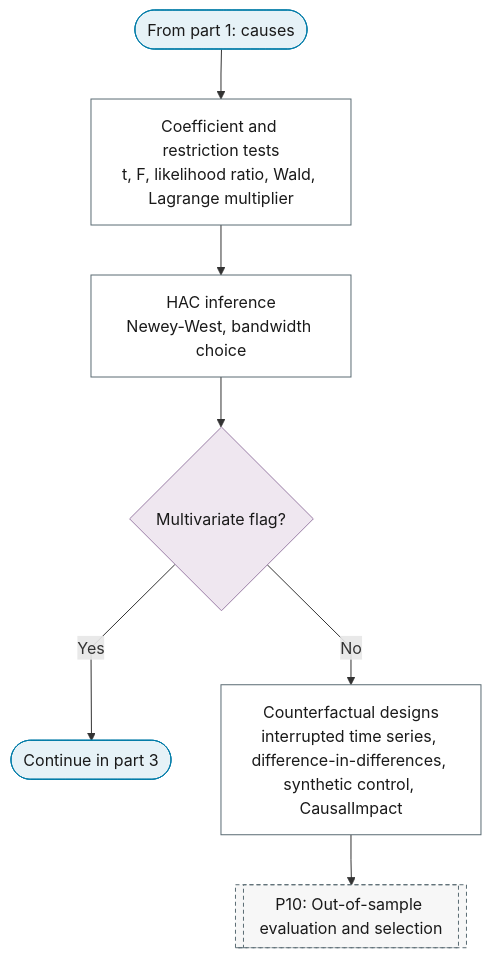
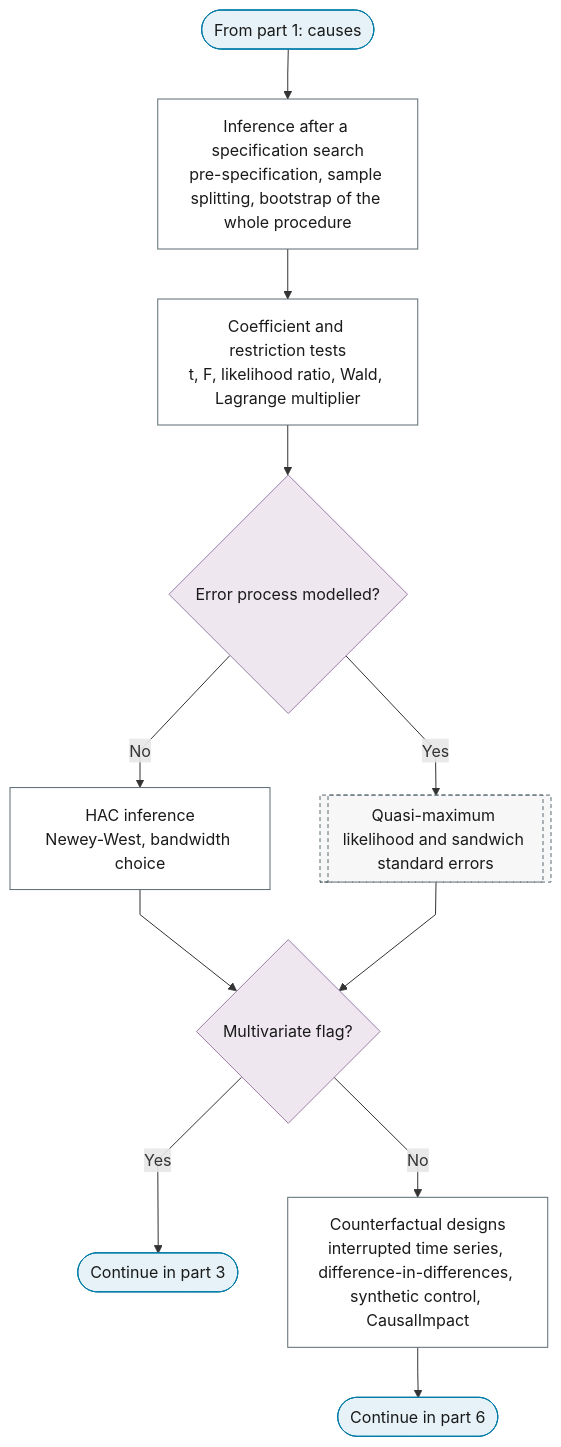
The second of 6 diagrams in docs/01-workflow/p11-inference.md (Shuxin-Y/time-series-analysis-manual), drawn with Mermaid before and after one commit. The commit also changed other lines of this file and 8 other files, not shown here.

First line of the commit message:
feat(p11,p12): issue the scored product, post-selection inference, drift by type

````diff
--- a/docs/01-workflow/p11-inference.md
+++ b/docs/01-workflow/p11-inference.md
@@ -55,22 +46,25 @@
 ```mermaid
 %%{init: {"flowchart": {"curve": "linear"}}}%%
 graph TD
-    P11_PART_2_IN(["From part 1: causes"]) --> P11_COEFFICIENT_TESTS["Coefficient and restriction tests<br/>t, F, likelihood ratio, Wald, Lagrange multiplier"]
-    P11_COEFFICIENT_TESTS --> P11_HAC["HAC inference<br/>Newey-West, bandwidth choice"]
-    P11_HAC --> P11_SYSTEM{"Multivariate flag?"}
+    P11_PART_2_IN(["From part 1: causes"]) --> P11_POST_SELECTION["Inference after a specification search<br/>pre-specification, sample splitting, bootstrap of the whole procedure"]
+    P11_POST_SELECTION --> P11_COEFFICIENT_TESTS["Coefficient and restriction tests<br/>t, F, likelihood ratio, Wald, Lagrange multiplier"]
+    P11_COEFFICIENT_TESTS --> P11_ERRORS_Q{"Error process modelled?"}
+    P11_ERRORS_Q -->|"No"| P11_HAC["HAC inference<br/>Newey-West, bandwidth choice"]
+    P11_ERRORS_Q -->|"Yes"| P8_QMLE[["Quasi-maximum likelihood and sandwich standard errors"]]
+    P11_HAC & P8_QMLE --> P11_SYSTEM{"Multivariate flag?"}
     P11_SYSTEM -->|"Yes"| P11_TO_PART_3(["Continue in part 3"])
     P11_SYSTEM -->|"No"| P11_COUNTERFACTUALS["Counterfactual designs<br/>interrupted time series, difference-in-differences, synthetic control, CausalImpact"]
-    P11_COUNTERFACTUALS --> P10[["P10: Out-of-sample evaluation and selection"]]
-    class P11_PART_2_IN,P11_TO_PART_3 terminator
-    class P11_SYSTEM decision
-    class P11_COEFFICIENT_TESTS,P11_HAC,P11_COUNTERFACTUALS process
-    class P10 ref
+    P11_COUNTERFACTUALS --> P11_PART_2_OUT(["Continue in part 6"])
+    class P11_PART_2_IN,P11_TO_PART_3,P11_PART_2_OUT terminator
+    class P11_ERRORS_Q,P11_SYSTEM decision
+    class P11_POST_SELECTION,P11_COEFFICIENT_TESTS,P11_HAC,P11_COUNTERFACTUALS process
+    class P8_QMLE ref
     classDef terminator fill:#E6F2F7,stroke:#007BA7,color:#1A1A1A;
     classDef process fill:#FFFFFF,stroke:#5A6B73,color:#1A1A1A;
     classDef decision fill:#EFE7F0,stroke:#9B7FA7,color:#1A1A1A;
     classDef data fill:#FFF4E0,stroke:#C9A55E,color:#1A1A1A;
     classDef good fill:#DCEFD8,stroke:#4A7A3F,color:#1A1A1A;
     classDef escalate fill:#FFE9C2,stroke:#C9A55E,color:#1A1A1A;
     classDef problem fill:#F2D9DE,stroke:#800020,color:#1A1A1A;
     classDef ref fill:#F7F7F7,stroke:#5A6B73,color:#1A1A1A,stroke-dasharray:4 3;
 ```
````
